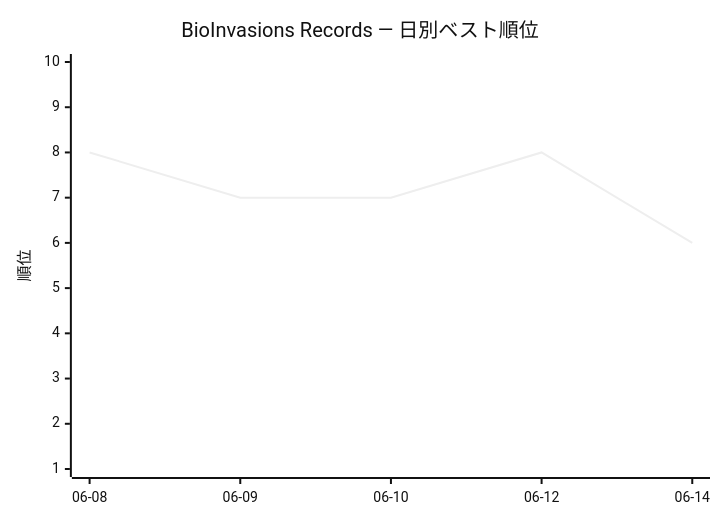
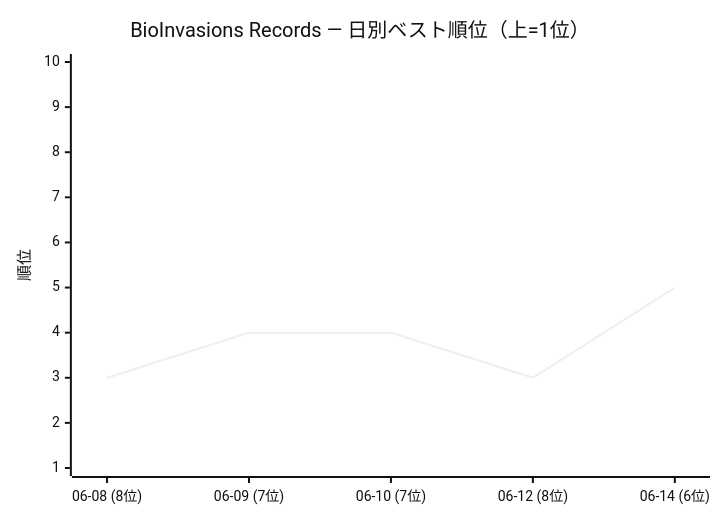
The fifth of 6 diagrams in docs/summaries/weekly/2026-W24.md (rushhirosan/trend-dashboard), drawn with Mermaid (neutral theme) before and after one commit. The commit also changed other lines of this file and 2 other files, not shown here.

````diff
--- a/docs/summaries/weekly/2026-W24.md
+++ b/docs/summaries/weekly/2026-W24.md
@@ -136,7 +136,7 @@
 ```mermaid
 xychart-beta
-    title "BioInvasions Records — 日別ベスト順位"
-    x-axis ["06-08", "06-09", "06-10", "06-12", "06-14"]
+    title "BioInvasions Records — 日別ベスト順位（上=1位）"
+    x-axis ["06-08 (8位)", "06-09 (7位)", "06-10 (7位)", "06-12 (8位)", "06-14 (6位)"]
     y-axis "順位" 1 --> 10
-    line [8, 7, 7, 8, 6]
+    line [3, 4, 4, 3, 5]
 ```
````
